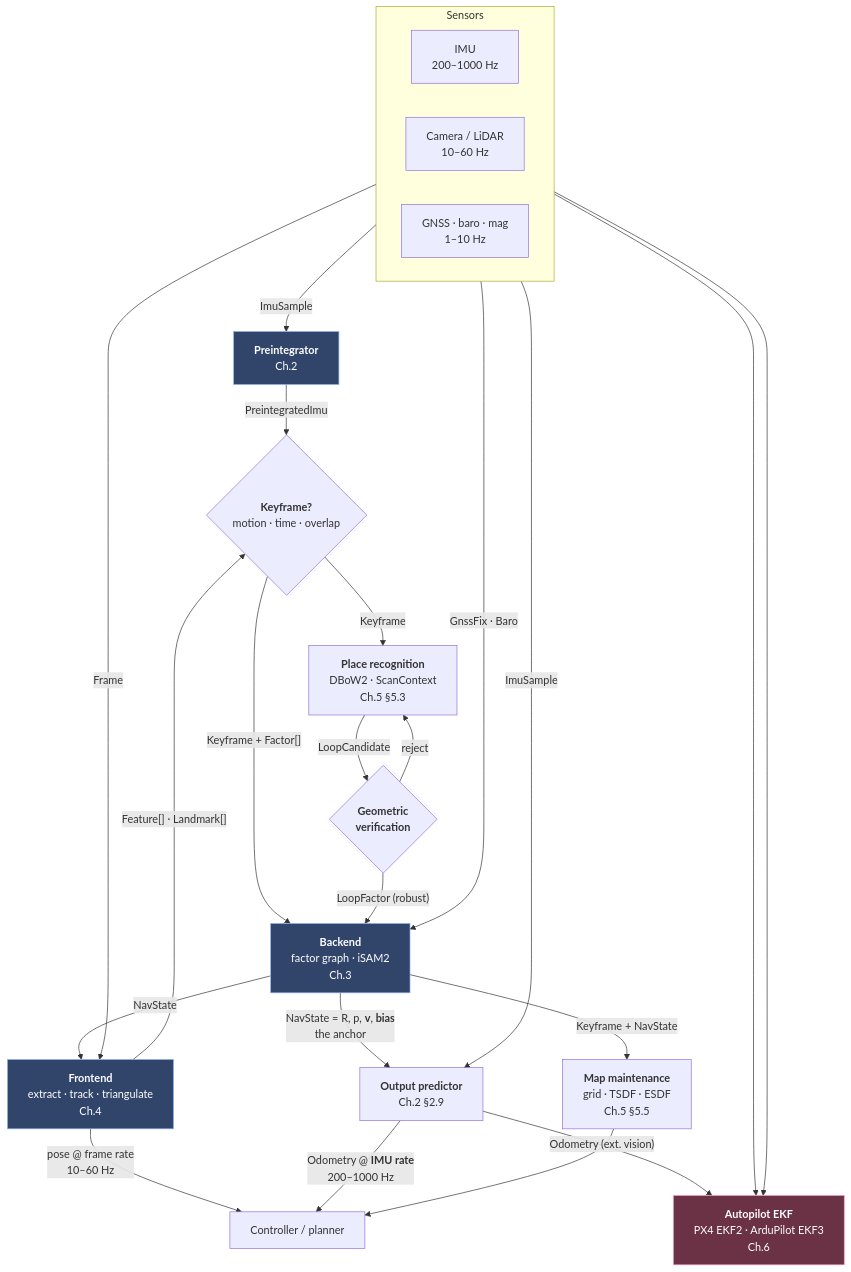
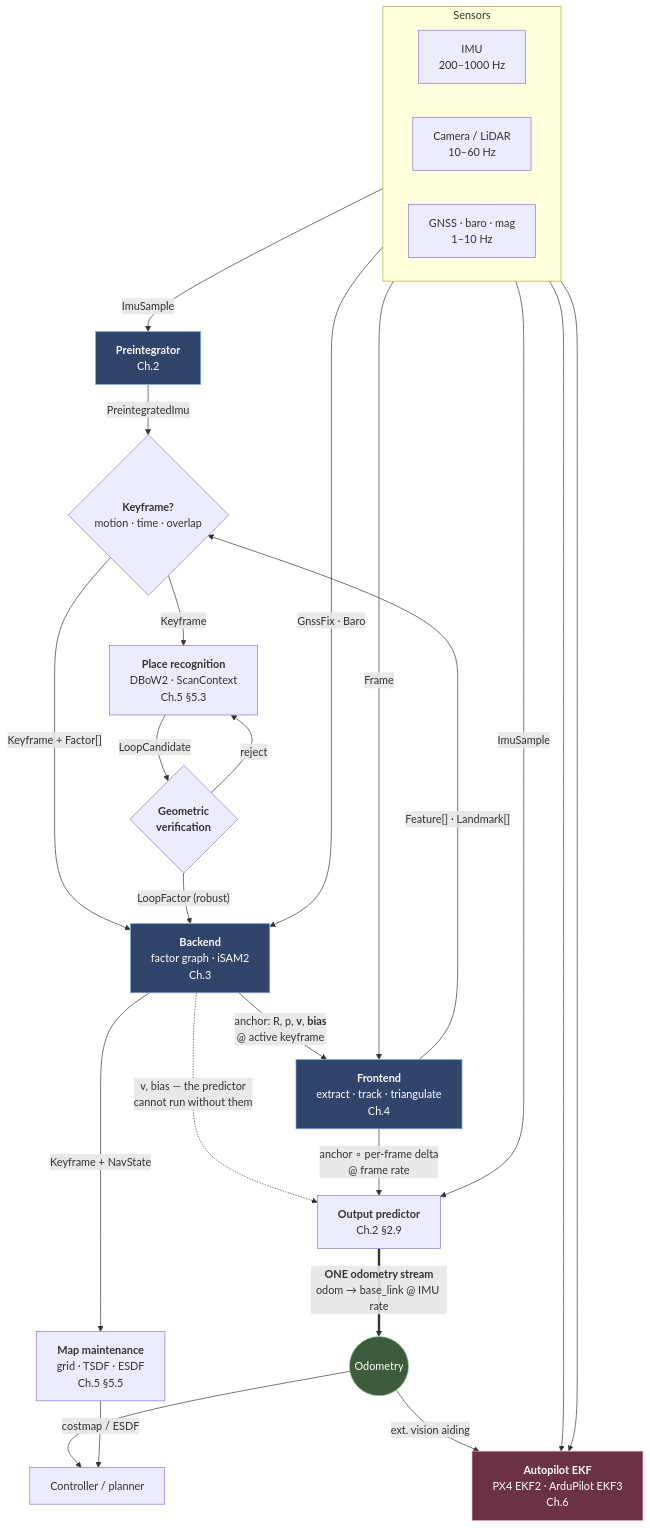
Before and after one commit to TaoWangRUB/estimation-slam-principles: the first of 4 diagrams in docs/chapter-1.md, drawn with Mermaid. The commit also changed other lines of this file, not shown here.

````diff
--- a/docs/chapter-1.md
+++ b/docs/chapter-1.md
@@ -85,40 +85,42 @@
 ```mermaid
 flowchart TB
   subgraph S["Sensors"]
     direction LR
     IMU["IMU<br/>200–1000 Hz"]
     CAM["Camera / LiDAR<br/>10–60 Hz"]
     ABS["GNSS · baro · mag<br/>1–10 Hz"]
   end
 
   IMU -->|ImuSample| PRE["<b>Preintegrator</b><br/>Ch.2"]
   IMU -->|ImuSample| OUTP["<b>Output predictor</b><br/>Ch.2 §2.9"]
   CAM -->|Frame| FE["<b>Frontend</b><br/>extract · track · triangulate<br/>Ch.4"]
 
   PRE -->|PreintegratedImu| KF{"<b>Keyframe?</b><br/>motion · time · overlap"}
   FE -->|"Feature[] · Landmark[]"| KF
 
   KF -->|"Keyframe + Factor[]"| BE["<b>Backend</b><br/>factor graph · iSAM2<br/>Ch.3"]
   ABS -->|"GnssFix · Baro"| BE
 
   KF -->|Keyframe| PR["<b>Place recognition</b><br/>DBoW2 · ScanContext<br/>Ch.5 §5.3"]
   PR -->|LoopCandidate| GV{"<b>Geometric<br/>verification</b>"}
   GV -->|reject| PR
   GV -->|"LoopFactor (robust)"| BE
 
-  BE -->|"NavState = R, p, <b>v</b>, <b>bias</b><br/>the anchor"| OUTP
-  BE -->|NavState| FE
+  BE -->|"anchor: R, p, <b>v</b>, <b>bias</b><br/>@ active keyframe"| FE
+  BE -.->|"v, bias — the predictor<br/>cannot run without them"| OUTP
   BE -->|"Keyframe + NavState"| MAP["<b>Map maintenance</b><br/>grid · TSDF · ESDF<br/>Ch.5 §5.5"]
 
-  FE -->|"pose @ frame rate<br/>10–60 Hz"| CTRL["Controller / planner"]
-  OUTP -->|"Odometry @ <b>IMU rate</b><br/>200–1000 Hz"| CTRL
-  OUTP -->|"Odometry (ext. vision)"| EKF["<b>Autopilot EKF</b><br/>PX4 EKF2 · ArduPilot EKF3<br/>Ch.6"]
+  FE -->|"anchor ∘ per-frame delta<br/>@ frame rate"| OUTP
+  OUTP ==>|"<b>ONE odometry stream</b><br/>odom → base_link @ IMU rate"| ODOM(("Odometry"))
+  ODOM --> CTRL["Controller / planner"]
+  ODOM -->|"ext. vision aiding"| EKF["<b>Autopilot EKF</b><br/>PX4 EKF2 · ArduPilot EKF3<br/>Ch.6"]
   ABS --> EKF
   IMU --> EKF
-  MAP --> CTRL
+  MAP -->|"costmap / ESDF"| CTRL
 
   style PRE fill:#31456b,stroke:#8ab4f8,color:#fff
   style BE fill:#31456b,stroke:#8ab4f8,color:#fff
   style FE fill:#31456b,stroke:#8ab4f8,color:#fff
+  style ODOM fill:#3d5b3d,stroke:#9ad49a,color:#fff
   style EKF fill:#6b3145,stroke:#f8a1b4,color:#fff
 ```
````
